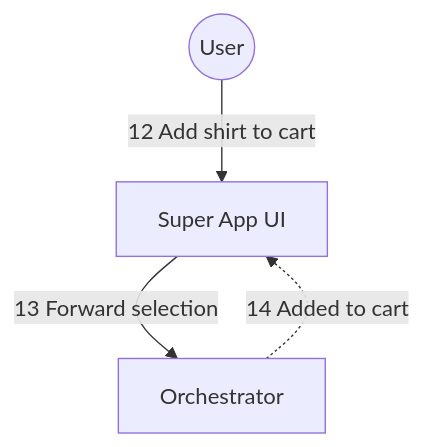
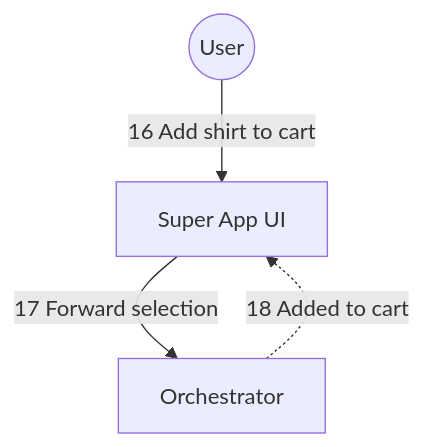
Before and after one commit to zhuohanl/agentic-commerce-protocol-demo: the third of 7 diagrams in understanding/design/layered-architecture-mvp.md, drawn with Mermaid. The commit also changed other lines of this file and 2 other files, not shown here.

````diff
--- a/understanding/design/layered-architecture-mvp.md
+++ b/understanding/design/layered-architecture-mvp.md
@@ -354,6 +388,6 @@
 ```mermaid
 flowchart TB
-User((User)) -->|12 Add shirt to cart| UI[Super App UI]
-UI -->|13 Forward selection| Orch[Orchestrator]
-Orch -.->|14 Added to cart| UI
+User((User)) -->|16 Add shirt to cart| UI[Super App UI]
+UI -->|17 Forward selection| Orch[Orchestrator]
+Orch -.->|18 Added to cart| UI
 ```
````
